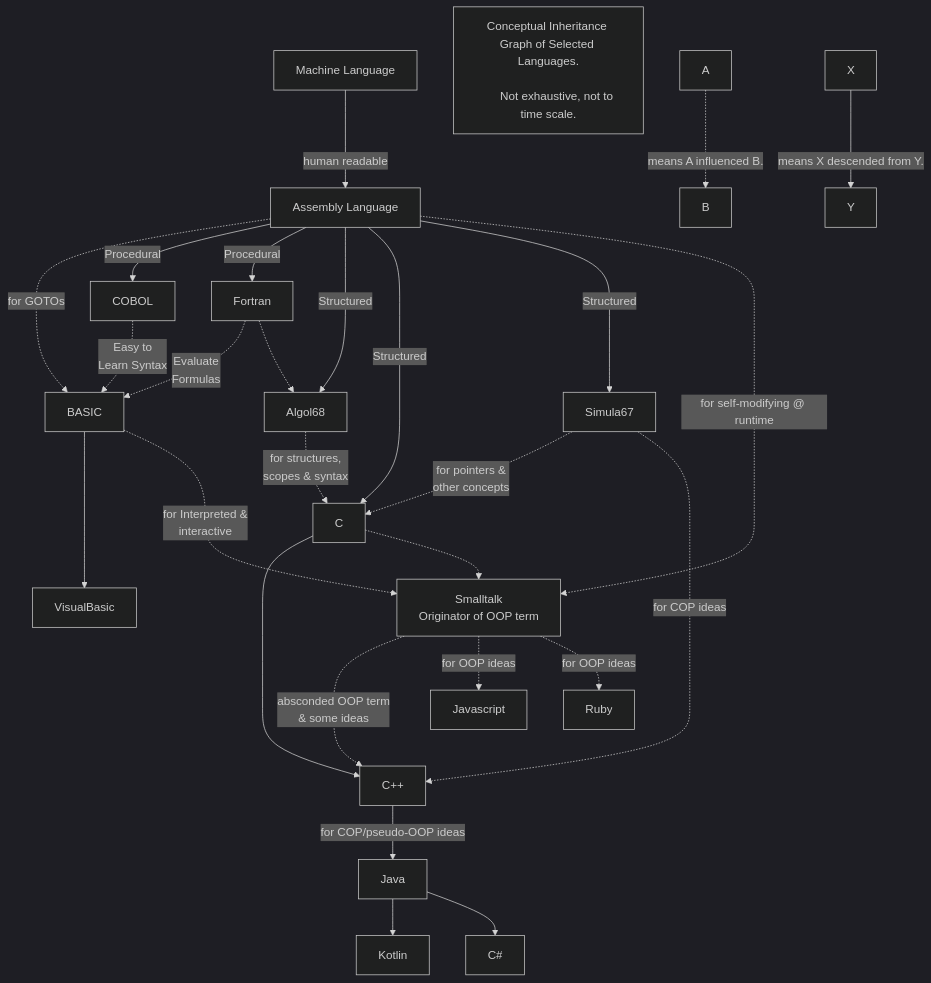
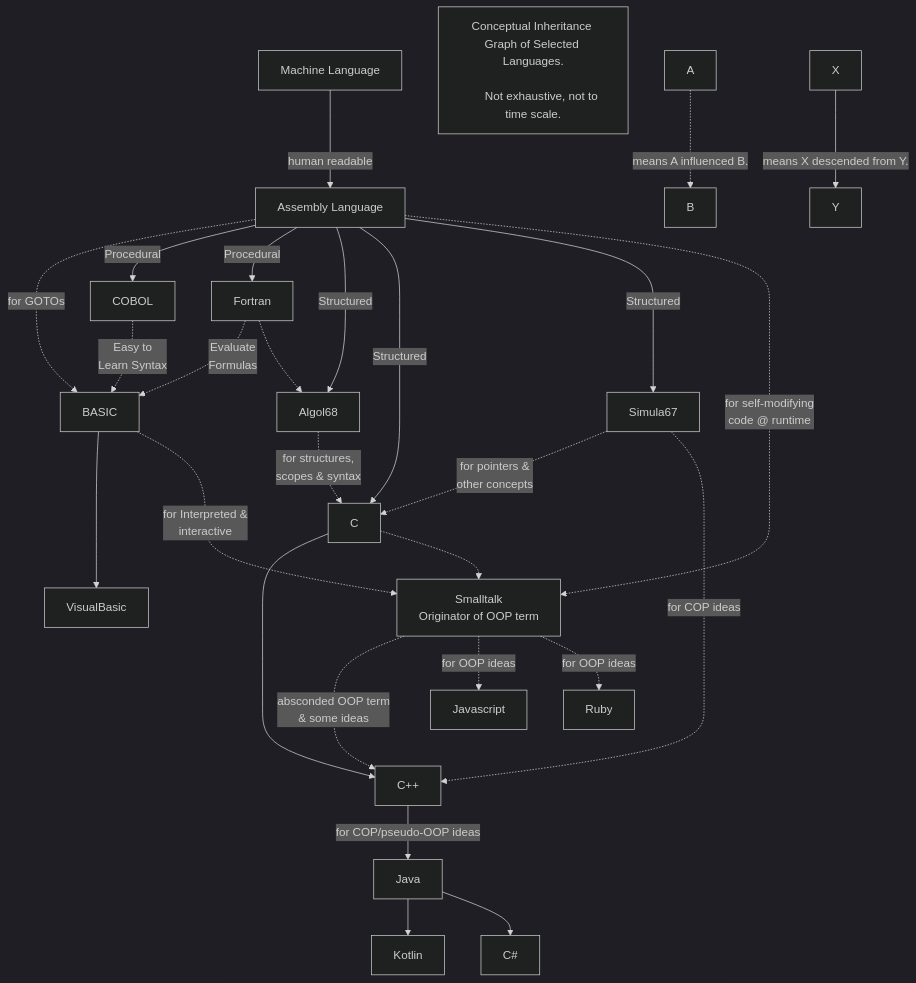
One commit to realityexpander/How_to_program_from_ground_up changed the diagram in 13-Conclusion.md. Above: the diagram before and after it, drawn with Mermaid (dark theme).

Commit message:
improve graph

````diff
--- a/13-Conclusion.md
+++ b/13-Conclusion.md
@@ -23,42 +23,43 @@
   ```mermaid
     graph TB
         MachineLanguage[Machine Language] -->|human readable| AssemblyLanguage
         AssemblyLanguage[Assembly Language] -.->|for GOTOs|Basic
         AssemblyLanguage[Assembly Language] -->|Procedural|COBOL
         AssemblyLanguage[Assembly Language] -->|Procedural|Fortran
         AssemblyLanguage[Assembly Language] -->|Structured|Algol68
         AssemblyLanguage[Assembly Language] -->|Structured|C
         AssemblyLanguage[Assembly Language] -->|Structured|Simula67
         COBOL["COBOL"] -.->|Easy to 
                             Learn Syntax|Basic
         Basic["BASIC"] ---> VisualBasic
         Fortran["Fortran"] -.->|Evaluate 
                                 Formulas|Basic
         Algol68[Algol68] -.->|"for structures, 
                              scopes & syntax"|C
         Simula67["Simula67"] -.->|"for pointers & 
                                   other concepts"|C
         C["C"] -->Cplusplus
         C -.->Smalltalk
         Simula67 -.->|for COP ideas|Cplusplus
         Cplusplus["C++"] -->|for COP/pseudo-OOP ideas|Java
         Smalltalk -..->|"absconded OOP term 
                         & some ideas"|Cplusplus
         Java[Java] -->Kotlin
         Java -->CSharp
         CSharp["C#"]
         Fortran -.->Algol68
         Smalltalk["Smalltalk
                   Originator of OOP term"] -.->|for OOP ideas|Javascript
         Smalltalk -.->|for OOP ideas|Ruby
         Basic -.-> |for Interpreted & 
                     interactive|Smalltalk
-        AssemblyLanguage-.->|for self-modifying @ runtime|Smalltalk
+        AssemblyLanguage-.->|for self-modifying 
+                             code @ runtime|Smalltalk
     
     Note["Conceptual Inheritance Graph of Selected Languages.
           
           Not exhaustive, not to time scale."]
     A -.-> |means A influenced B.| B
     X --> |means X descended from Y.| Y
     
   ```
````
